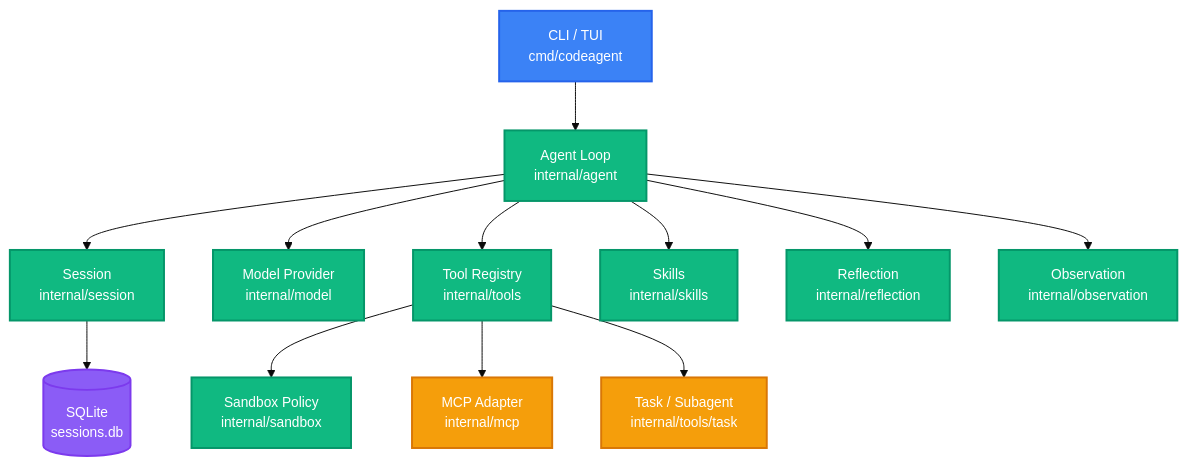
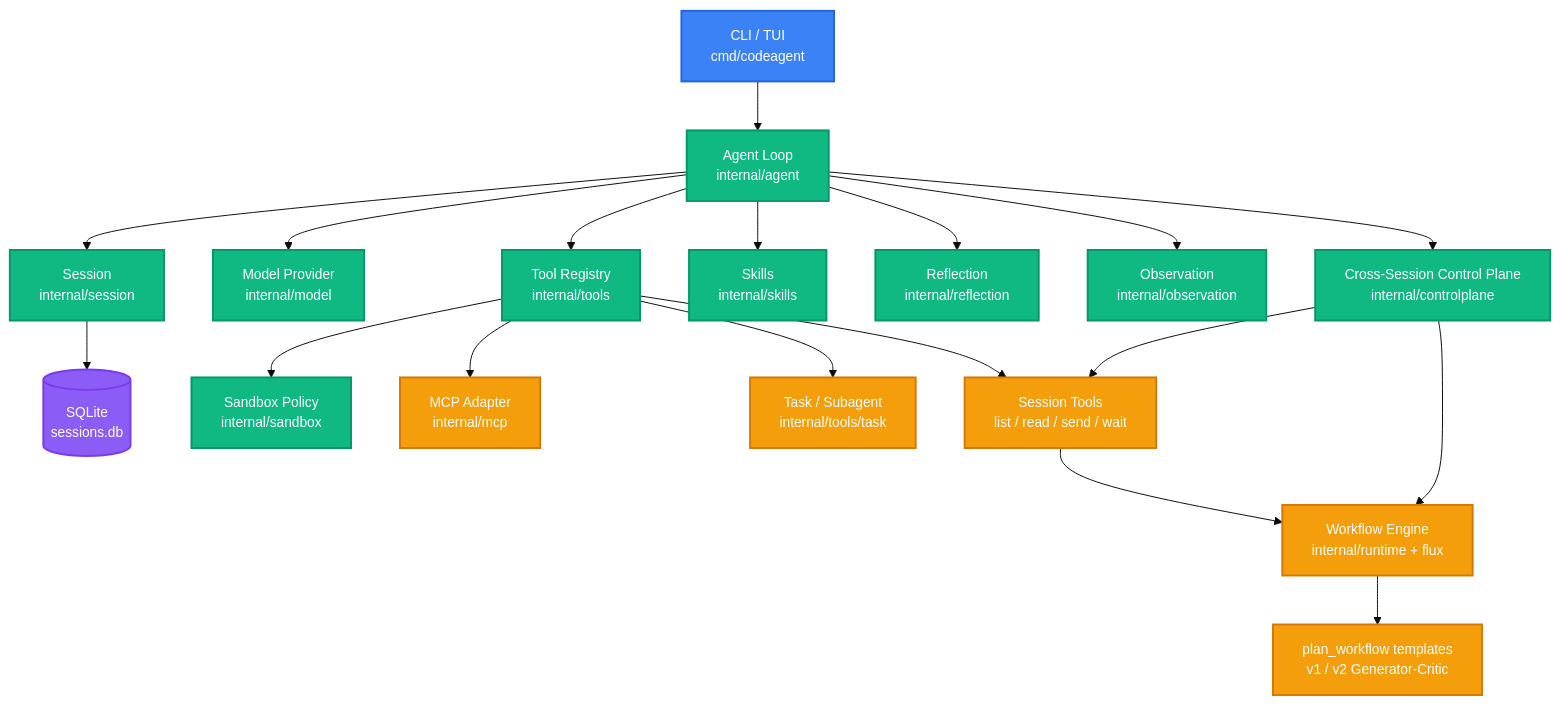
One commit to tuxi/code-agent changed the diagram in README.md. Above: the diagram before and after it, drawn with Mermaid. The commit also changed other lines of this file, not shown here.

First line of the commit message:
docs: document cross-session control plane and workflow templates

````diff
--- a/README.md
+++ b/README.md
@@ -127,27 +154,34 @@
 ```mermaid
 %%{init: {'theme': 'base', 'themeVariables': {'fontSize': '14px'}}}%%
 graph TD
     A[CLI / TUI<br/>cmd/codeagent] --> B[Agent Loop<br/>internal/agent]
     B --> C[Session<br/>internal/session]
     B --> D[Model Provider<br/>internal/model]
     B --> E[Tool Registry<br/>internal/tools]
     B --> F[Skills<br/>internal/skills]
     B --> G[Reflection<br/>internal/reflection]
     B --> H[Observation<br/>internal/observation]
     E --> I[Sandbox Policy<br/>internal/sandbox]
     E --> J[MCP Adapter<br/>internal/mcp]
     E --> K[Task / Subagent<br/>internal/tools/task]
     C --> L[(SQLite<br/>sessions.db)]
+    B --> M[Cross-Session Control Plane<br/>internal/controlplane]
+    E --> N[Session Tools<br/>list / read / send / wait]
+    M --> N
+    M --> O[Workflow Engine<br/>internal/runtime + flux]
+    N --> O
+    O --> P[plan_workflow templates<br/>v1 / v2 Generator-Critic]
 
     classDef client fill:#3B82F6,stroke:#2563EB,color:#fff,stroke-width:2px
     classDef loop fill:#10B981,stroke:#059669,color:#fff,stroke-width:2px
     classDef service fill:#10B981,stroke:#059669,color:#fff,stroke-width:2px
     classDef data fill:#8B5CF6,stroke:#7C3AED,color:#fff,stroke-width:2px
     classDef ext fill:#F59E0B,stroke:#D97706,color:#fff,stroke-width:2px
 
     class A client
     class B loop
     class C,D,E,F,G,H,I service
-    class J,K ext
+    class J,K,N,O,P ext
     class L data
+    class M service
 ```
````
